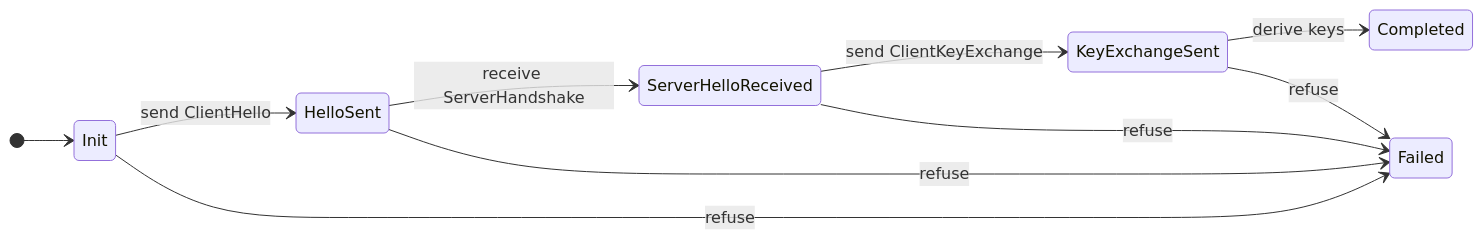
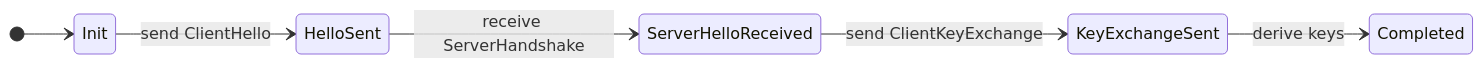
Before and after one commit to wahidgroup/tightbeam: the fourth of 7 diagrams in docs/handshake.md, drawn with Mermaid. The commit also changed other lines of this file and 45 other files, not shown here.

````diff
--- a/docs/handshake.md
+++ b/docs/handshake.md
@@ -123,13 +125,9 @@
 ```mermaid
 stateDiagram-v2
     direction LR
     [*] --> Init
     Init --> HelloSent: send ClientHello
     HelloSent --> ServerHelloReceived: receive ServerHandshake
     ServerHelloReceived --> KeyExchangeSent: send ClientKeyExchange
     KeyExchangeSent --> Completed: derive keys
-    Init --> Failed: refuse
-    HelloSent --> Failed: refuse
-    ServerHelloReceived --> Failed: refuse
-    KeyExchangeSent --> Failed: refuse
 ```
````
